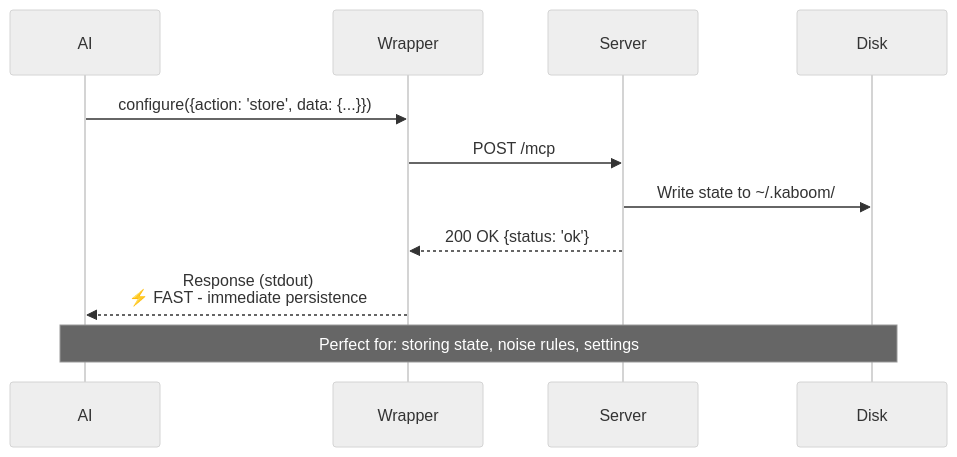
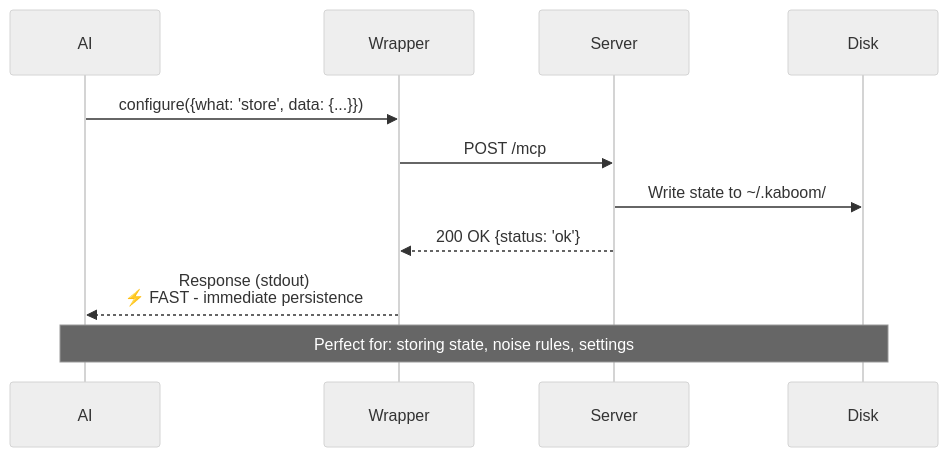
The third of 6 diagrams in docs/architecture/diagrams/request-response-cycle.md (brennhill/Kaboom-Browser-AI-Devtools-MCP), drawn with Mermaid (neutral theme) before and after one commit. The commit also changed 243 other files, not shown here.

````diff
--- a/docs/architecture/diagrams/request-response-cycle.md
+++ b/docs/architecture/diagrams/request-response-cycle.md
@@ -150,15 +150,15 @@
 ```mermaid
 sequenceDiagram
     participant AI
     participant Wrapper
     participant Server
     participant Disk
 
-    AI->>Wrapper: configure({action: 'store', data: {...}})
+    AI->>Wrapper: configure({what: 'store', data: {...}})
     Wrapper->>Server: POST /mcp
     Server->>Disk: Write state to ~/.kaboom/
     Server-->>Wrapper: 200 OK {status: 'ok'}
     Wrapper-->>AI: Response (stdout)<br/>⚡ FAST - immediate persistence
 
     Note over AI,Disk: Perfect for: storing state, noise rules, settings
 ```
````
